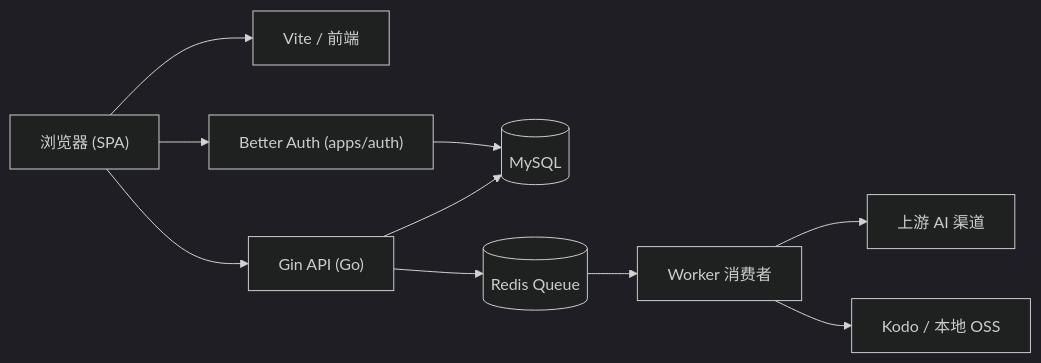
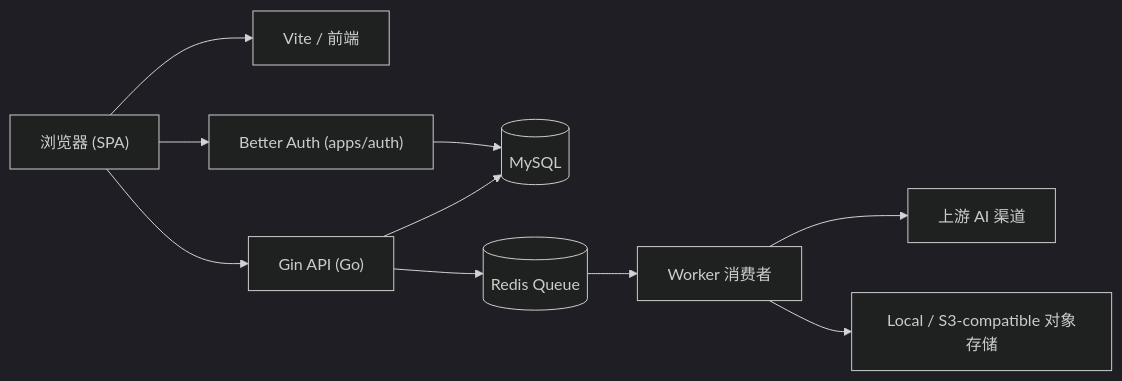
The first of 2 diagrams in DEVELOPMENT.md (Ericsunsk/IdeaBoard), drawn with Mermaid (dark theme) before and after one commit. The commit also changed other lines of this file and 4 other files, not shown here.

````diff
--- a/DEVELOPMENT.md
+++ b/DEVELOPMENT.md
@@ -47,14 +47,14 @@
 ```mermaid
 graph LR
     Browser["浏览器 (SPA)"] --> Vite["Vite / 前端"]
     Browser --> Auth["Better Auth (apps/auth)"]
     Browser --> Gin["Gin API (Go)"]
     
     Gin --> MySQL[("MySQL")]
     Gin --> Redis[("Redis Queue")]
     Auth --> MySQL
     
     Redis --> Worker["Worker 消费者"]
     Worker --> AI["上游 AI 渠道"]
-    Worker --> Storage["Kodo / 本地 OSS"]
+    Worker --> Storage["Local / S3-compatible 对象存储"]
 ```
````
